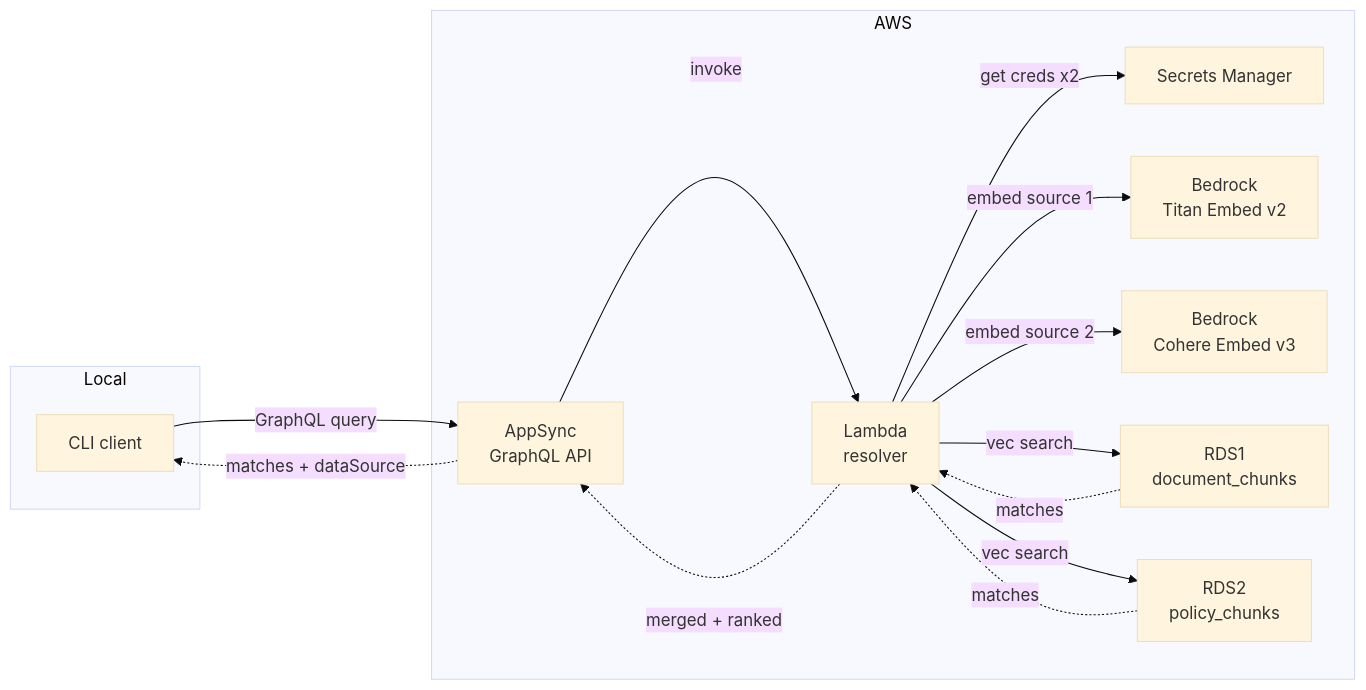
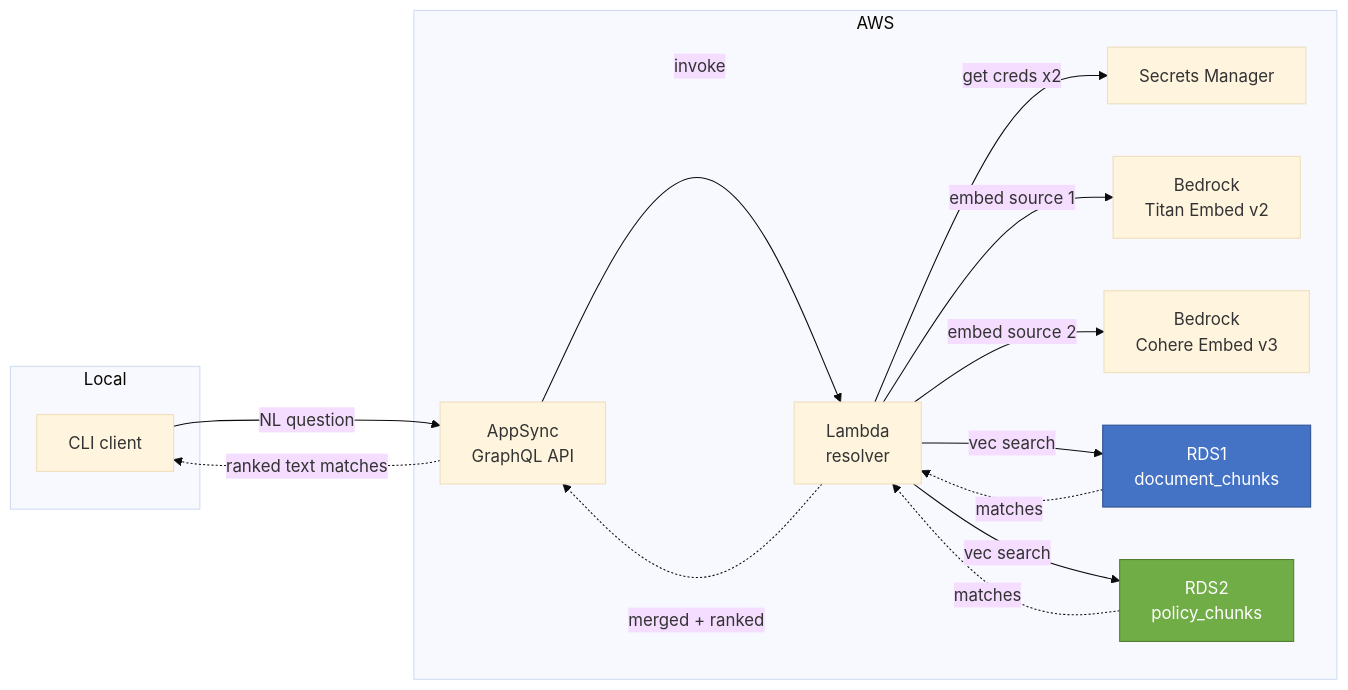
The diagram in docs/architecture.md (pwang-hydrafacial/fm-appsync-embedding-retrieval-poc), drawn with Mermaid (base theme) before and after one commit. The commit also changed other lines of this file and 1 other file, not shown here.

First line of the commit message:
Polish diagrams: remove ASCII fallbacks, color RDS nodes, clarify NL text flow

````diff
--- a/docs/architecture.md
+++ b/docs/architecture.md
@@ -13,29 +13,32 @@
 ```mermaid
 flowchart LR
     subgraph local["Local"]
         CLI["CLI client"]
     end
 
     subgraph cloud["AWS"]
         AppSync["AppSync\nGraphQL API"]
         Lambda["Lambda\nresolver"]
         SM["Secrets Manager"]
         Titan["Bedrock\nTitan Embed v2"]
         Cohere["Bedrock\nCohere Embed v3"]
         RDS1["RDS1\ndocument_chunks"]
         RDS2["RDS2\npolicy_chunks"]
     end
 
-    CLI -->|GraphQL query| AppSync
+    CLI -->|NL question| AppSync
     AppSync -->|invoke| Lambda
     Lambda -->|get creds x2| SM
     Lambda -->|embed source 1| Titan
     Lambda -->|embed source 2| Cohere
     Lambda -->|vec search| RDS1
     Lambda -->|vec search| RDS2
 
     RDS1 -.->|matches| Lambda
     RDS2 -.->|matches| Lambda
     Lambda -.->|merged + ranked| AppSync
-    AppSync -.->|matches + dataSource| CLI
+    AppSync -.->|ranked text matches| CLI
+
+    style RDS1 fill:#4472C4,stroke:#2E5090,color:#fff
+    style RDS2 fill:#70AD47,stroke:#4E7C30,color:#fff
 ```
````
